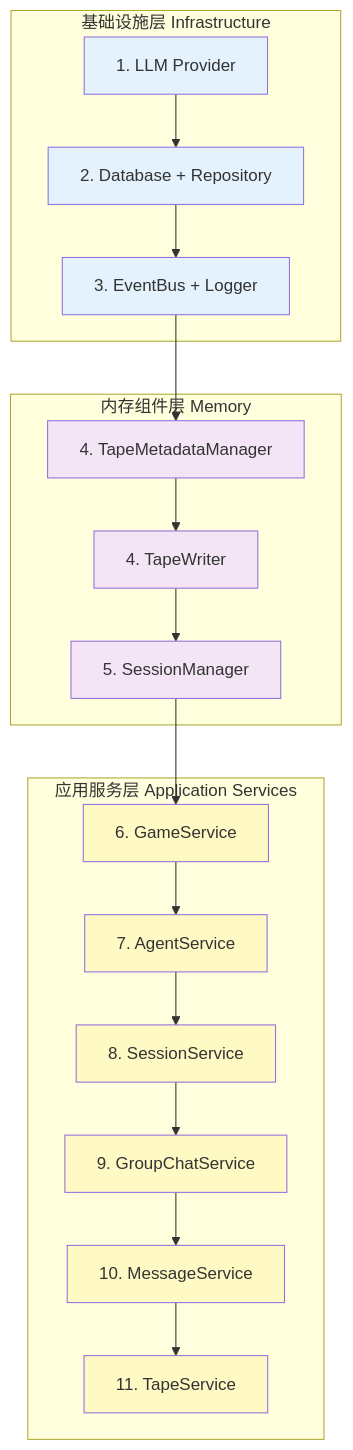
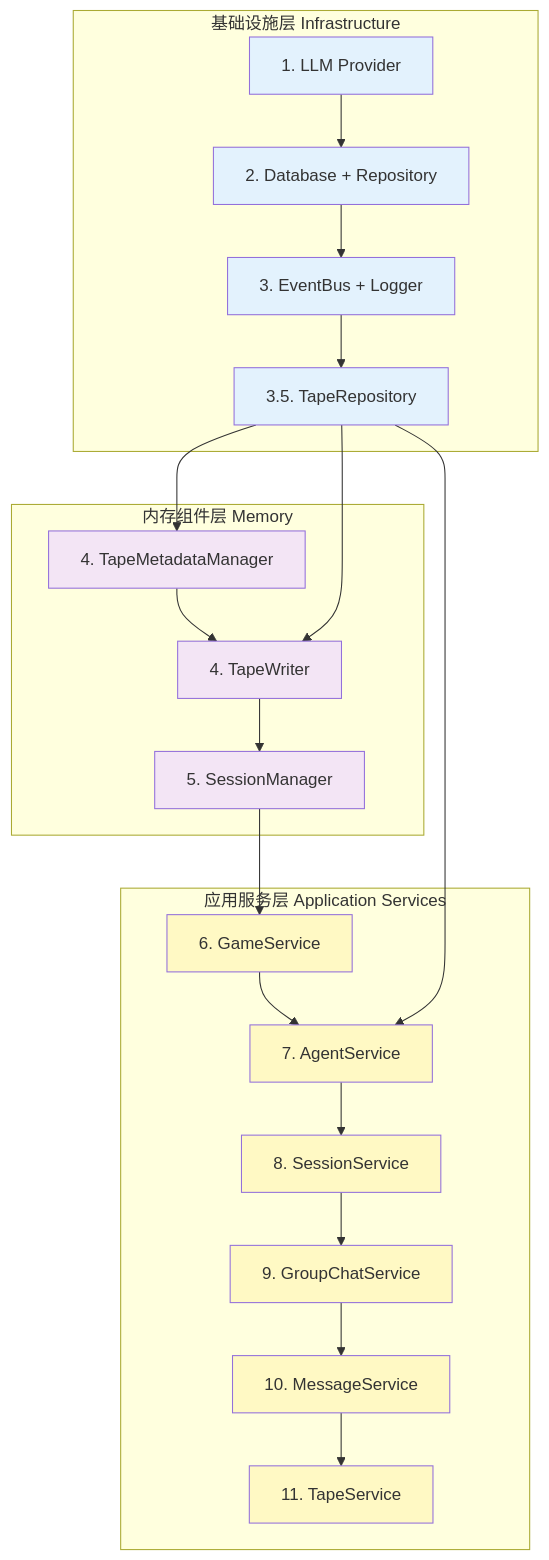
The second of 7 diagrams in src/simu_emperor/application/AGENTS.md (ykfnxx/simu-emperor), drawn with Mermaid before and after one commit. The commit also changed other lines of this file and 5 other files, not shown here.

First line of the commit message:
docs(v4.2): update all AGENTS.md and CLAUDE.md for V4.2 architecture

````diff
--- a/src/simu_emperor/application/AGENTS.md
+++ b/src/simu_emperor/application/AGENTS.md
@@ -79,48 +79,53 @@
 ```mermaid
 graph TD
     subgraph "基础设施层 Infrastructure"
         LLM[1. LLM Provider]
         DB[2. Database + Repository]
         EB[3. EventBus + Logger]
+        TR[3.5. TapeRepository]
     end
 
     subgraph "内存组件层 Memory"
         TM[4. TapeMetadataManager]
         TW[4. TapeWriter]
         SM[5. SessionManager]
     end
 
     subgraph "应用服务层 Application Services"
         GS[6. GameService]
         AS[7. AgentService]
         SS[8. SessionService]
         GCS[9. GroupChatService]
         MS[10. MessageService]
         TS[11. TapeService]
     end
 
     LLM --> DB
     DB --> EB
-    EB --> TM
+    EB --> TR
+    TR --> TM
     TM --> TW
+    TR --> TW
     TW --> SM
     SM --> GS
     GS --> AS
+    TR --> AS
     AS --> SS
     SS --> GCS
     GCS --> MS
     MS --> TS
 
     style LLM fill:#e3f2fd
     style DB fill:#e3f2fd
     style EB fill:#e3f2fd
+    style TR fill:#e3f2fd
     style TM fill:#f3e5f5
     style TW fill:#f3e5f5
     style SM fill:#f3e5f5
     style GS fill:#fff9c4
     style AS fill:#fff9c4
     style SS fill:#fff9c4
     style GCS fill:#fff9c4
     style MS fill:#fff9c4
     style TS fill:#fff9c4
 ```
````
